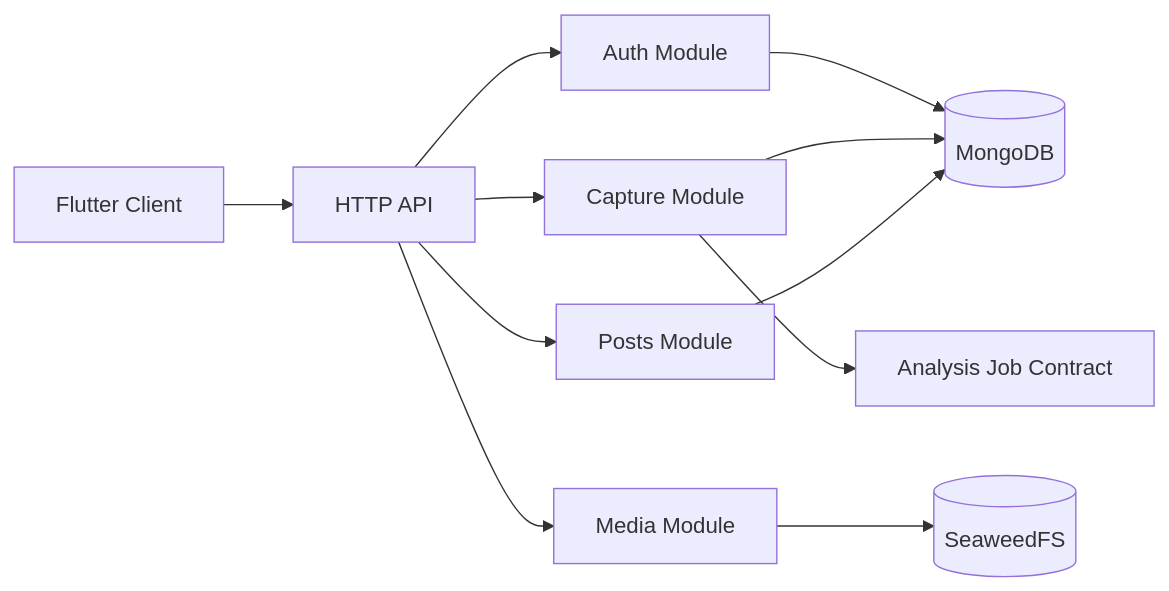
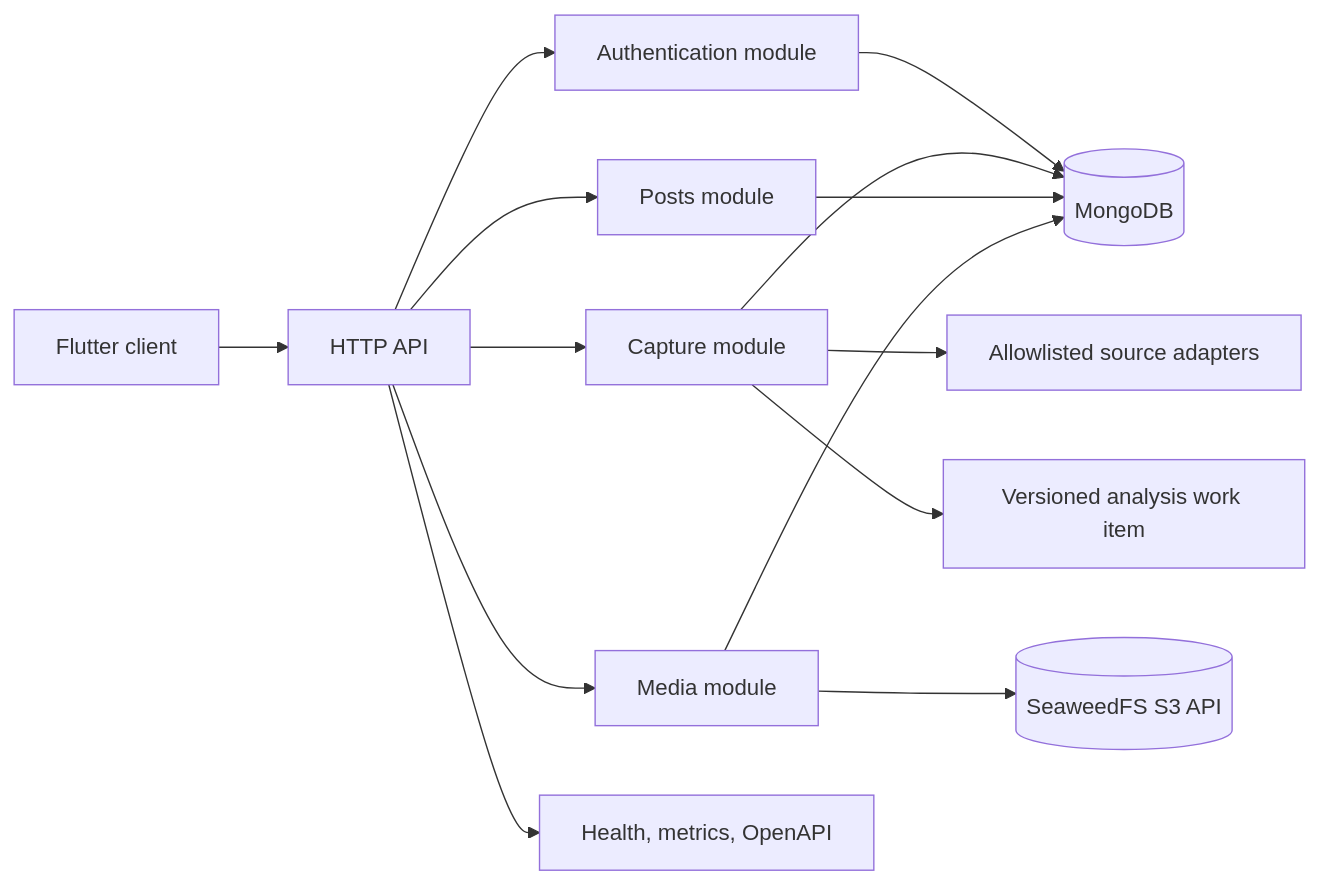
Before and after one commit to ChakornK/saveyour: the first of 3 diagrams in .kiro/specs/saveyour-tech-capture/design.md, drawn with Mermaid. The commit also changed other lines of this file and 8 other files, not shown here.

````diff
--- a/.kiro/specs/saveyour-tech-capture/design.md
+++ b/.kiro/specs/saveyour-tech-capture/design.md
@@ -9,13 +11,16 @@
 ```mermaid
 graph LR
-  CLIENT[Flutter Client] --> API[HTTP API]
-  API --> AUTH[Auth Module]
-  API --> CAPTURE[Capture Module]
-  API --> POSTS[Posts Module]
-  API --> MEDIA[Media Module]
-  AUTH --> MDB[(MongoDB)]
-  CAPTURE --> MDB
-  POSTS --> MDB
-  MEDIA --> SEAWEED[(SeaweedFS)]
-  CAPTURE --> EVENTS[Analysis Job Contract]
+    CLIENT[Flutter client] --> API[HTTP API]
+    API --> AUTH[Authentication module]
+    API --> CAPTURE[Capture module]
+    API --> POSTS[Posts module]
+    API --> MEDIA[Media module]
+    API --> OPS[Health, metrics, OpenAPI]
+    AUTH --> MDB[(MongoDB)]
+    CAPTURE --> MDB
+    POSTS --> MDB
+    MEDIA --> MDB
+    MEDIA --> SEAWEED[(SeaweedFS S3 API)]
+    CAPTURE --> ADAPTERS[Allowlisted source adapters]
+    CAPTURE --> EVENTS[Versioned analysis work item]
 ```
````
